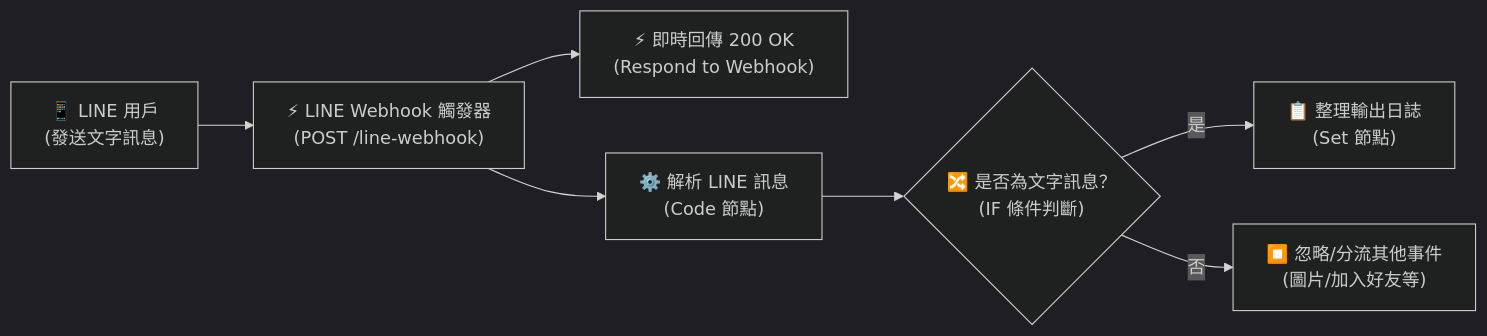
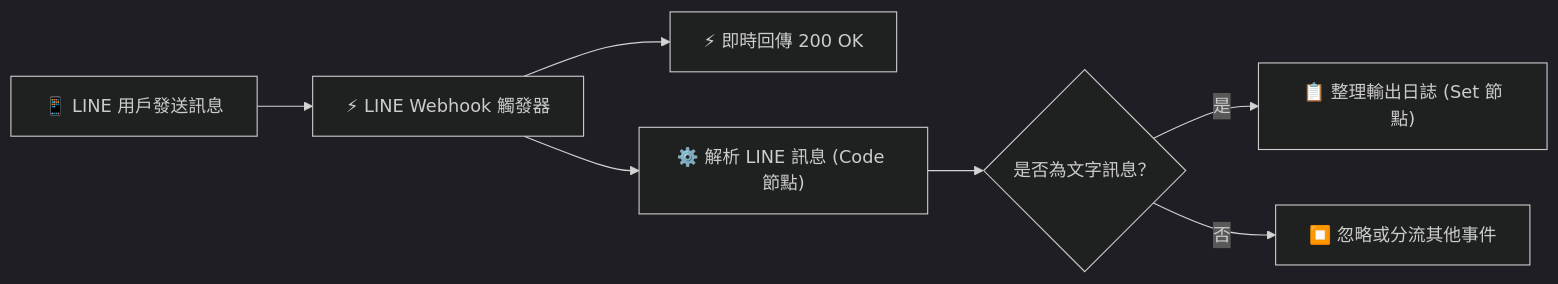
The diagram in 通訊軟體整合/LINE/LINE訊息觸發工作流/README.md (roberthsu2003/n8n), drawn with Mermaid (dark theme) before and after one commit. The commit also changed 1 other file, not shown here.

````diff
--- a/通訊軟體整合/LINE/LINE訊息觸發工作流/README.md
+++ b/通訊軟體整合/LINE/LINE訊息觸發工作流/README.md
@@ -12,9 +12,9 @@
 ```mermaid
 flowchart LR
-    A["📱 LINE 用戶\n(發送文字訊息)"] --> B["⚡ LINE Webhook 觸發器\n(POST /line-webhook)"]
-    B --> C["⚡ 即時回傳 200 OK\n(Respond to Webhook)"]
-    B --> D["⚙️ 解析 LINE 訊息\n(Code 節點)"]
-    D --> E{"🔀 是否為文字訊息？\n(IF 條件判斷)"}
-    E -- 是 --> F["📋 整理輸出日誌\n(Set 節點)"]
-    E -- 否 --> G["⏹️ 忽略/分流其他事件\n(圖片/加入好友等)"]
+    A["📱 LINE 用戶發送訊息"] --> B["⚡ LINE Webhook 觸發器"]
+    B --> C["⚡ 即時回傳 200 OK"]
+    B --> D["⚙️ 解析 LINE 訊息 (Code 節點)"]
+    D --> E{"是否為文字訊息？"}
+    E -->|是| F["📋 整理輸出日誌 (Set 節點)"]
+    E -->|否| G["⏹️ 忽略或分流其他事件"]
 ```
````
